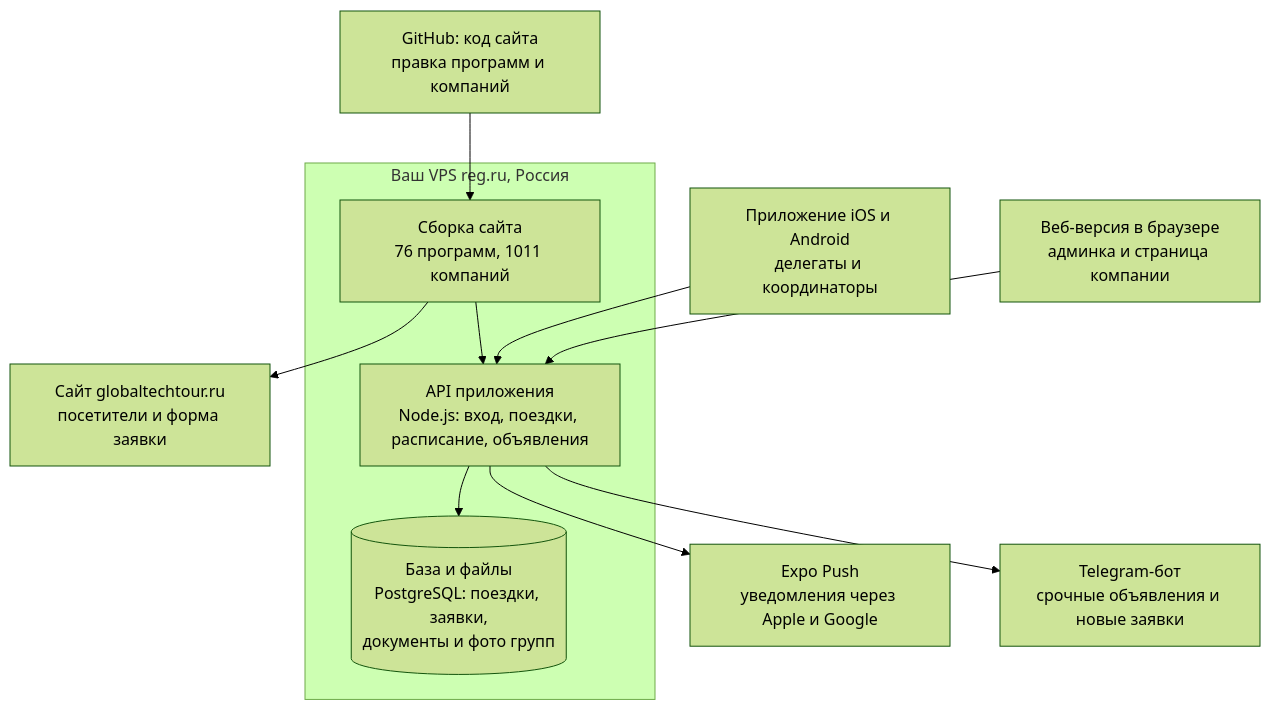
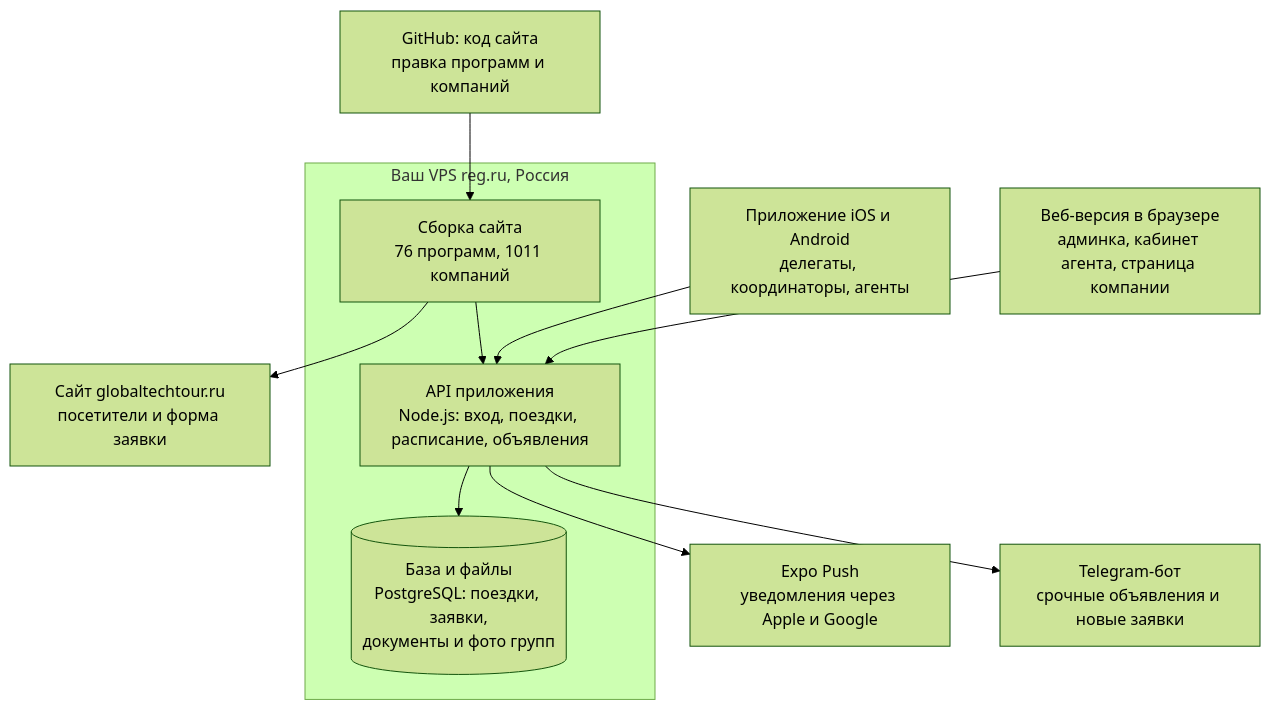
One commit to Ostap-87/GTT-APP changed the diagram in docs/architecture.md. Above: the diagram before and after it, drawn with Mermaid (forest theme). The commit also changed other lines of this file and 7 other files, not shown here.

````diff
--- a/docs/architecture.md
+++ b/docs/architecture.md
@@ -97,21 +117,21 @@
 ```mermaid
 flowchart TB
   site["Сайт globaltechtour.ru<br/>посетители и форма заявки"]
-  app["Приложение iOS и Android<br/>делегаты и координаторы"]
-  web["Веб-версия в браузере<br/>админка и страница компании"]
+  app["Приложение iOS и Android<br/>делегаты, координаторы, агенты"]
+  web["Веб-версия в браузере<br/>админка, кабинет агента, страница компании"]
   subgraph VPS["Ваш VPS reg.ru, Россия"]
     build["Сборка сайта<br/>76 программ, 1011 компаний"]
     api["API приложения<br/>Node.js: вход, поездки, расписание, объявления"]
     db[("База и файлы<br/>PostgreSQL: поездки, заявки,<br/>документы и фото групп")]
   end
   github["GitHub: код сайта<br/>правка программ и компаний"]
   push["Expo Push<br/>уведомления через Apple и Google"]
   tg["Telegram-бот<br/>срочные объявления и новые заявки"]
   github --> build --> site
   build --> api
   app --> api
   web --> api
   api --> db
   api --> push
   api --> tg
 ```
````
